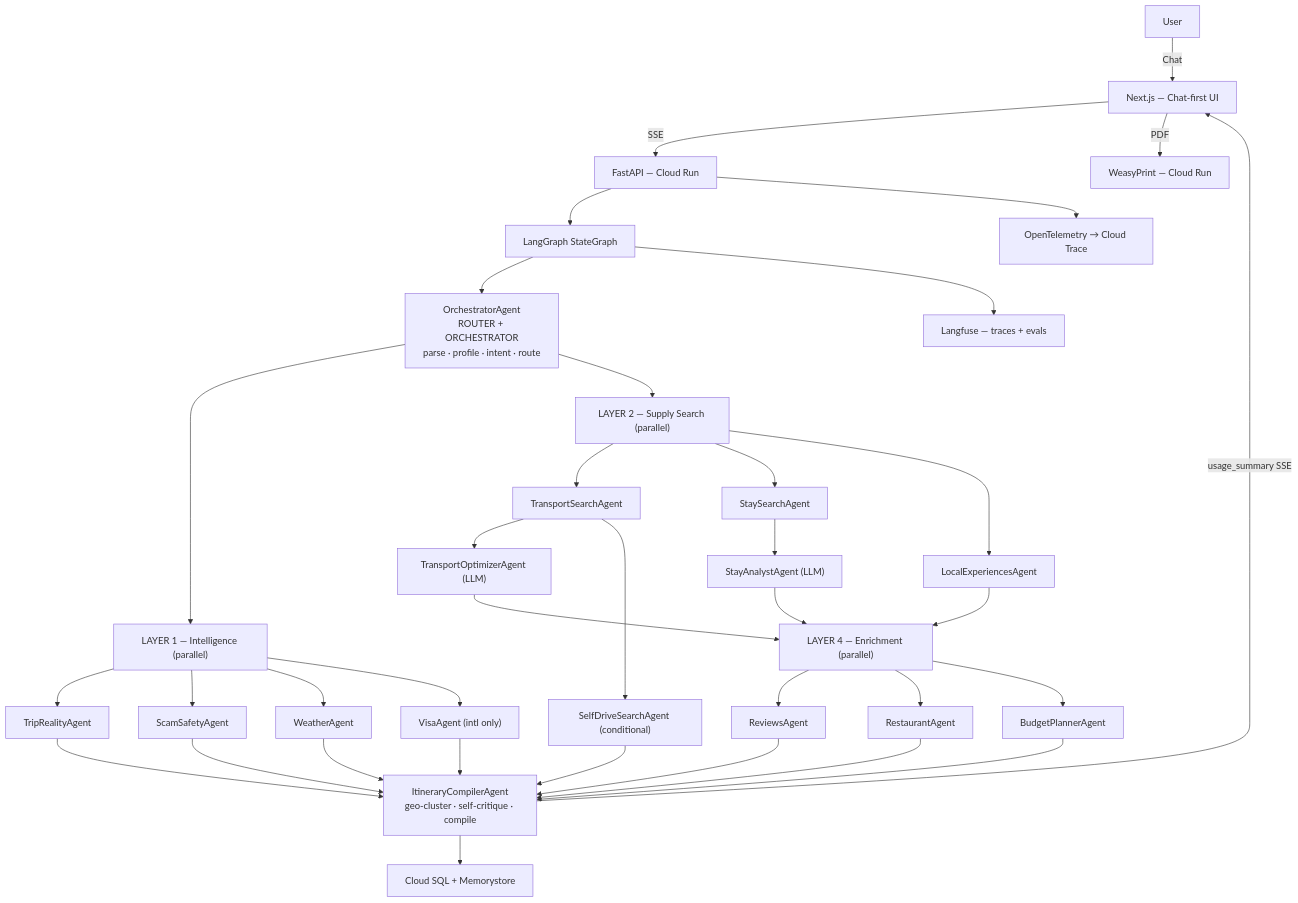
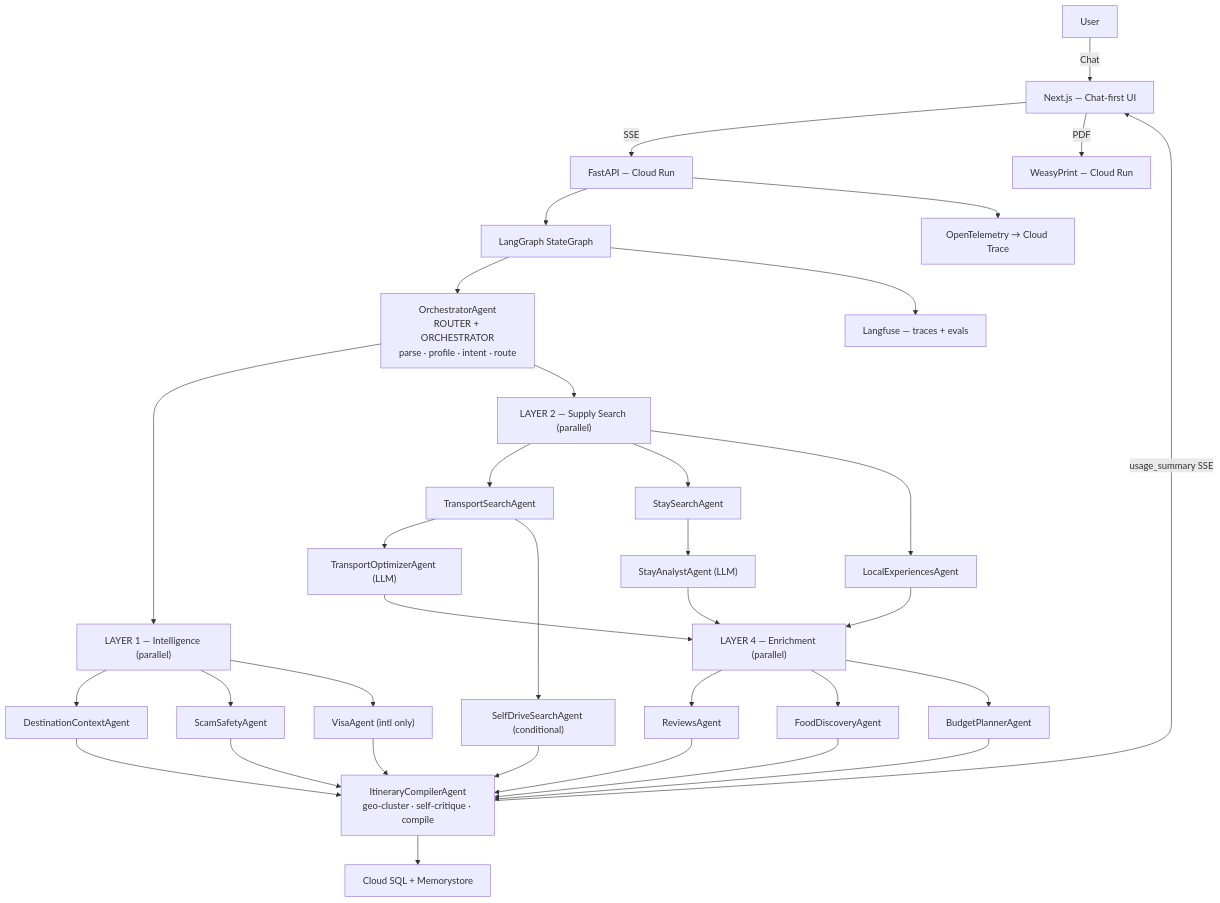
Before and after one commit to thecoducer/TravelCopilot: the first of 3 diagrams in plan.md, drawn with Mermaid. The commit also changed other lines of this file and 52 other files, not shown here.

````diff
--- a/plan.md
+++ b/plan.md
@@ -34,47 +34,45 @@
 ```mermaid
 graph TD
     User -->|Chat| FE["Next.js — Chat-first UI"]
     FE -->|SSE| API["FastAPI — Cloud Run"]
     API --> LG["LangGraph StateGraph"]
 
     LG --> OA["OrchestratorAgent\nROUTER + ORCHESTRATOR\nparse · profile · intent · route"]
 
     OA --> L1["LAYER 1 — Intelligence (parallel)"]
     OA --> L2["LAYER 2 — Supply Search (parallel)"]
 
-    L1 --> TRA["TripRealityAgent"]
+    L1 --> DCA["DestinationContextAgent"]
     L1 --> SCA["ScamSafetyAgent"]
-    L1 --> WA["WeatherAgent"]
     L1 --> VA["VisaAgent (intl only)"]
 
     L2 --> TSA["TransportSearchAgent"]
     L2 --> SSA["StaySearchAgent"]
     L2 --> LEA["LocalExperiencesAgent"]
 
     TSA --> TOA["TransportOptimizerAgent (LLM)"]
     SSA --> SAA["StayAnalystAgent (LLM)"]
     TSA --> SDSA["SelfDriveSearchAgent (conditional)"]
 
     TOA --> L4["LAYER 4 — Enrichment (parallel)"]
     SAA --> L4
     LEA --> L4
 
     L4 --> RA["ReviewsAgent"]
-    L4 --> RA2["RestaurantAgent"]
+    L4 --> FDA["FoodDiscoveryAgent"]
     L4 --> BPA["BudgetPlannerAgent"]
 
     RA --> IC["ItineraryCompilerAgent\ngeo-cluster · self-critique · compile"]
-    RA2 --> IC
+    FDA --> IC
     BPA --> IC
-    TRA --> IC
+    DCA --> IC
     SCA --> IC
-    WA --> IC
     VA --> IC
     SDSA --> IC
 
     IC --> DB["Cloud SQL + Memorystore"]
     IC -->|usage_summary SSE| FE
     FE -->|PDF| PDF["WeasyPrint — Cloud Run"]
     API --> OTel["OpenTelemetry → Cloud Trace"]
     LG --> LF["Langfuse — traces + evals"]
 ```
````
